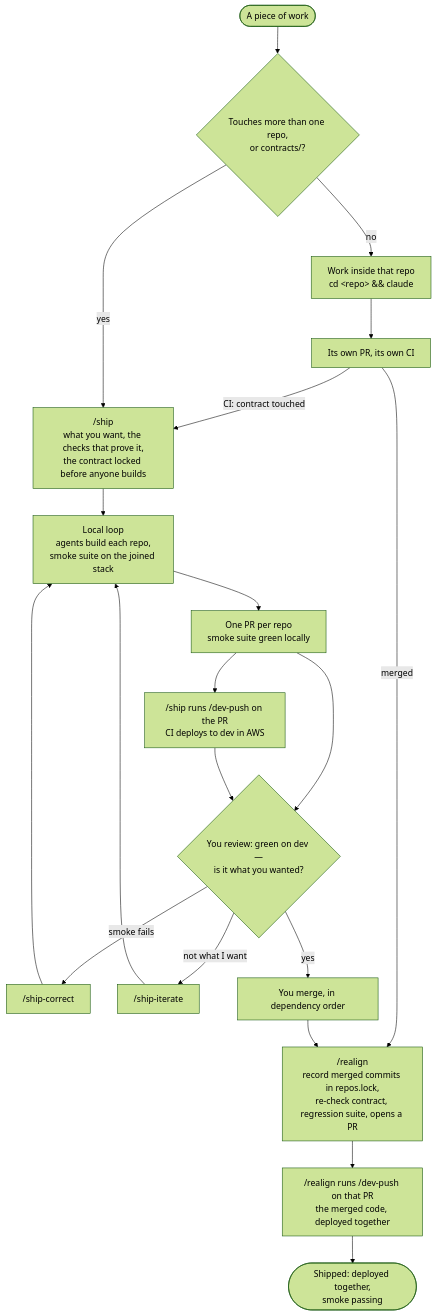
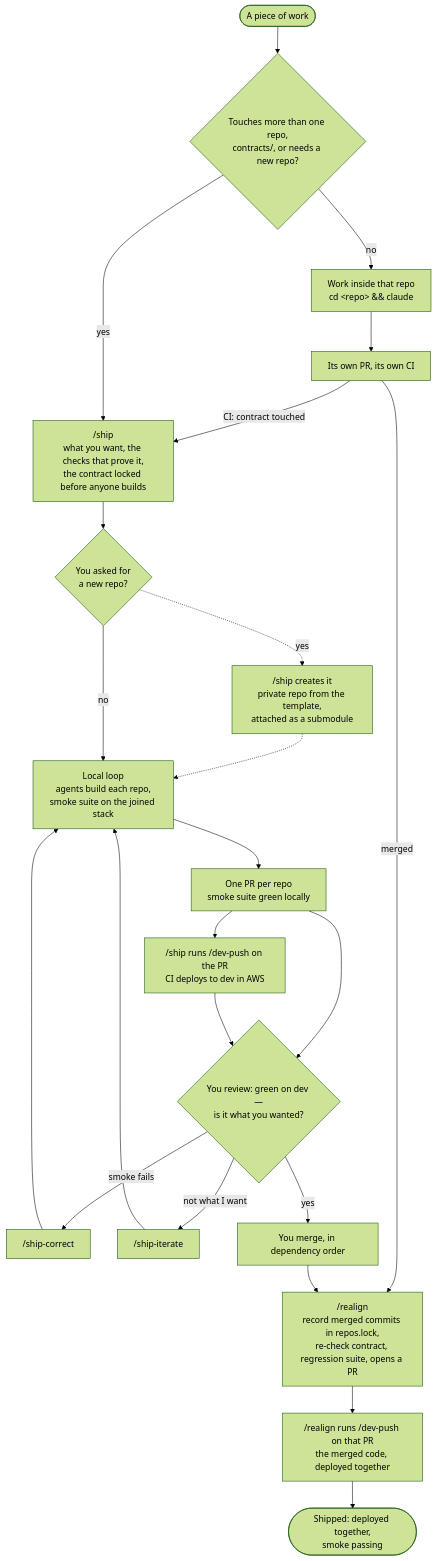
Before and after one commit to paggio/agent-app-project: the diagram in README.md, drawn with Mermaid (forest theme). The commit also changed other lines of this file and 9 other files, not shown here.

First line of the commit message:
docs: a new repo is born inside /ship — ADR 0020

````diff
--- a/README.md
+++ b/README.md
@@ -9,20 +9,23 @@
 ```mermaid
 flowchart TD
-    start([A piece of work]) --> q{Touches more than one repo,<br/>or contracts/?}
+    start([A piece of work]) --> q{Touches more than one repo,<br/>contracts/, or needs a new repo?}
     q -- no --> one["Work inside that repo<br/>cd &lt;repo&gt; && claude"]
     one --> onemerge[Its own PR, its own CI]
     onemerge -- CI: contract touched --> ship
     onemerge -- merged --> realign
     q -- yes --> ship["/ship<br/>what you want, the checks that prove it,<br/>the contract locked before anyone builds"]
-    ship --> loop["Local loop<br/>agents build each repo,<br/>smoke suite on the joined stack"]
+    ship --> newq{You asked for<br/>a new repo?}
+    newq -. yes .-> newrepo["/ship creates it<br/>private repo from the template,<br/>attached as a submodule"]
+    newrepo -.-> loop
+    newq -- no --> loop["Local loop<br/>agents build each repo,<br/>smoke suite on the joined stack"]
     loop --> prs[One PR per repo<br/>smoke suite green locally]
     prs --> push["/ship runs /dev-push on the PR<br/>CI deploys to dev in AWS"]
     prs --> ok
     push --> ok{You review: green on dev —<br/>is it what you wanted?}
     ok -- smoke fails --> correct["/ship-correct"] --> loop
     ok -- not what I want --> iterate["/ship-iterate"] --> loop
     ok -- yes --> merge[You merge, in dependency order]
     merge --> realign["/realign<br/>record merged commits in repos.lock,<br/>re-check contract, regression suite, opens a PR"]
     realign --> push2["/realign runs /dev-push on that PR<br/>the merged code, deployed together"]
     push2 --> done([Shipped: deployed together,<br/>smoke passing])
 ```
````
